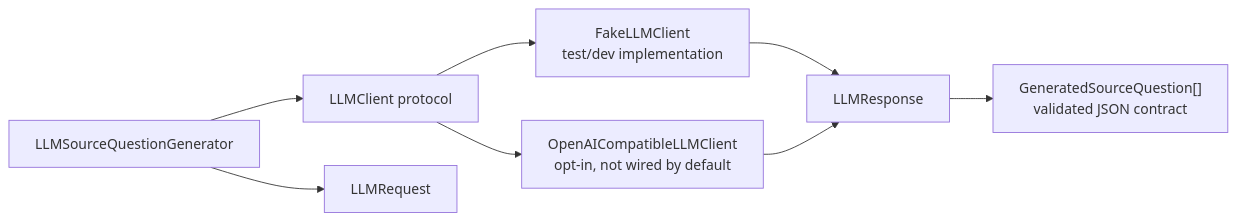
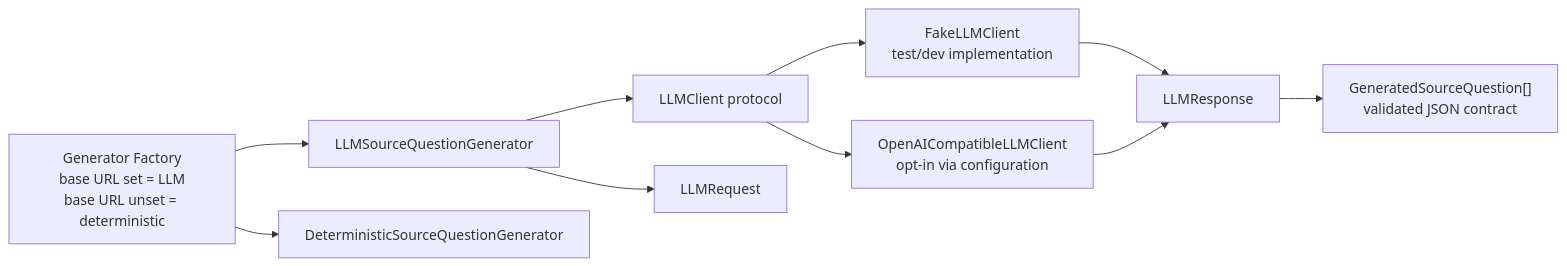
Before and after one commit to rsauers0/career-agent: the sixth of 7 diagrams in docs/diagrams.md, drawn with Mermaid. The commit also changed 11 other files, not shown here.

First line of the commit message:
Wire opt-in LLM question generation

````diff
--- a/docs/diagrams.md
+++ b/docs/diagrams.md
@@ -124,18 +124,22 @@
 ```mermaid
 flowchart LR
     WorkflowGenerator["LLMSourceQuestionGenerator"]
+    Factory["Generator Factory<br/>base URL set = LLM<br/>base URL unset = deterministic"]
+    Deterministic["DeterministicSourceQuestionGenerator"]
     LLMClient["LLMClient protocol"]
     FakeClient["FakeLLMClient<br/>test/dev implementation"]
-    OpenAIClient["OpenAICompatibleLLMClient<br/>opt-in, not wired by default"]
+    OpenAIClient["OpenAICompatibleLLMClient<br/>opt-in via configuration"]
     Request["LLMRequest"]
     Response["LLMResponse"]
     Contract["GeneratedSourceQuestion[]<br/>validated JSON contract"]
 
+    Factory --> Deterministic
+    Factory --> WorkflowGenerator
     WorkflowGenerator --> Request
     WorkflowGenerator --> LLMClient
     LLMClient --> FakeClient
     LLMClient --> OpenAIClient
     FakeClient --> Response
     OpenAIClient --> Response
     Response --> Contract
 ```
````
